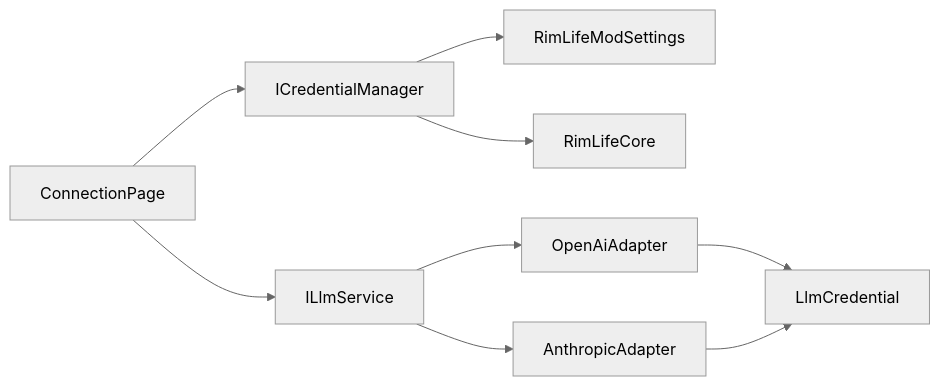
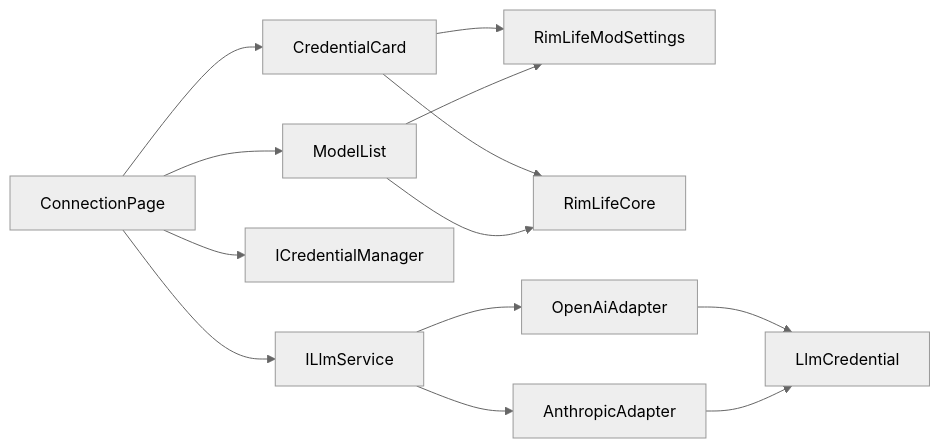
One commit to suzvka/RimLife changed the tenth of 10 diagrams in .qoder/repowiki/zh/content/用户界面系统/连接配置页面.md. Above: the diagram before and after it, drawn with Mermaid (neutral theme). The commit also changed other lines of this file and 19 other files, not shown here.

````diff
--- a/.qoder/repowiki/zh/content/用户界面系统/连接配置页面.md
+++ b/.qoder/repowiki/zh/content/用户界面系统/连接配置页面.md
@@ -366,11 +474,15 @@
 ```mermaid
 graph LR
-CP["ConnectionPage"] --> CM["ICredentialManager"]
+CP["ConnectionPage"] --> CC["CredentialCard"]
+CP --> ML["ModelList"]
+CP --> CM["ICredentialManager"]
 CP --> LS["ILlmService"]
-CM --> ST["RimLifeModSettings"]
-CM --> RC["RimLifeCore"]
+CC --> ST["RimLifeModSettings"]
+CC --> RC["RimLifeCore"]
+ML --> ST
+ML --> RC
 LS --> OA["OpenAiAdapter"]
 LS --> AA["AnthropicAdapter"]
 OA --> LC["LlmCredential"]
 AA --> LC
 ```
````
